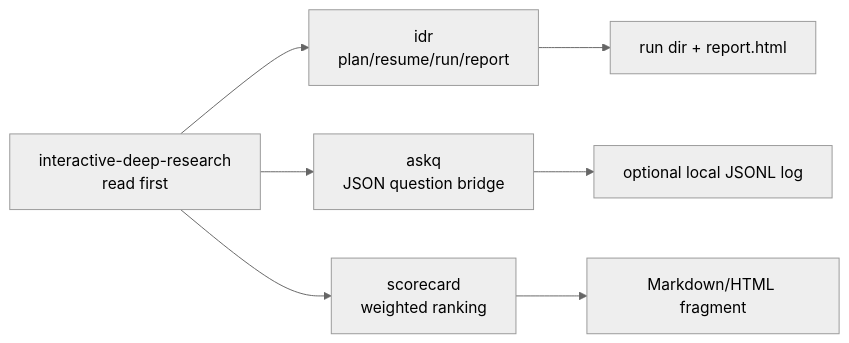
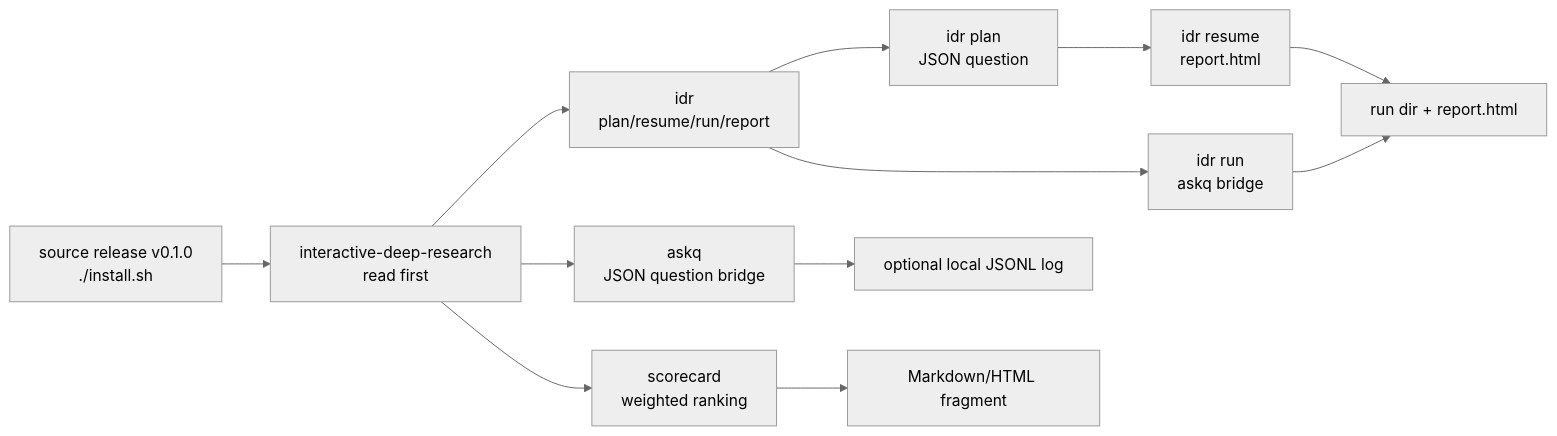
One commit to Martin-Hausleitner/interactive-deep-research changed the first of 2 diagrams in skills/interactive-deep-research/SKILL.md. Above: the diagram before and after it, drawn with Mermaid (neutral theme). The commit also changed other lines of this file and 10 other files, not shown here.

````diff
--- a/skills/interactive-deep-research/SKILL.md
+++ b/skills/interactive-deep-research/SKILL.md
@@ -27,9 +44,14 @@
 ```mermaid
 flowchart LR
-    U["interactive-deep-research<br/>read first"] --> I["idr<br/>plan/resume/run/report"]
+    X["source release v0.1.0<br/>./install.sh"] --> U["interactive-deep-research<br/>read first"]
+    U --> I["idr<br/>plan/resume/run/report"]
+    I --> P["idr plan<br/>JSON question"]
+    P --> R["idr resume<br/>report.html"]
+    I --> T["idr run<br/>askq bridge"]
     U --> Q["askq<br/>JSON question bridge"]
     U --> S["scorecard<br/>weighted ranking"]
-    I --> R["run dir + report.html"]
+    R --> O["run dir + report.html"]
+    T --> O
     Q --> L["optional local JSONL log"]
-    S --> O["Markdown/HTML fragment"]
+    S --> M["Markdown/HTML fragment"]
 ```
````
